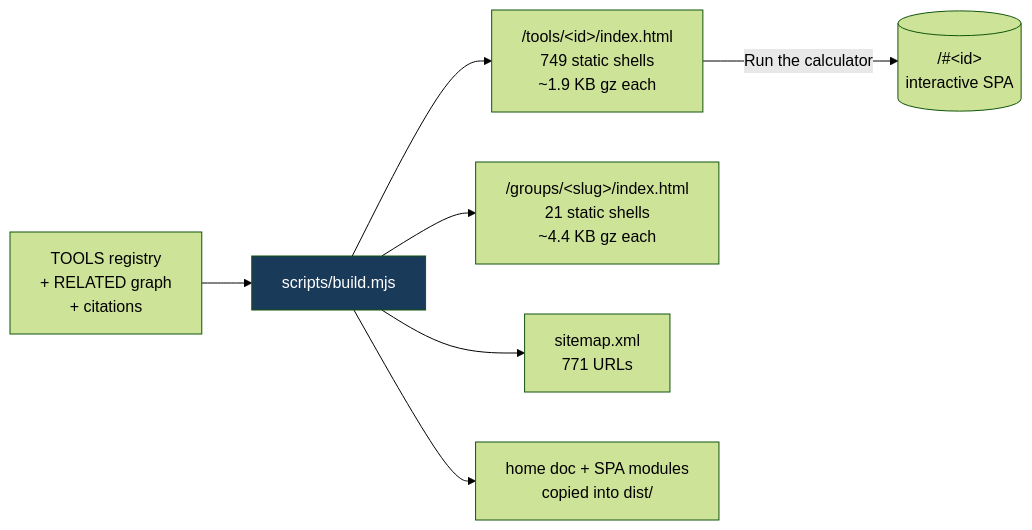
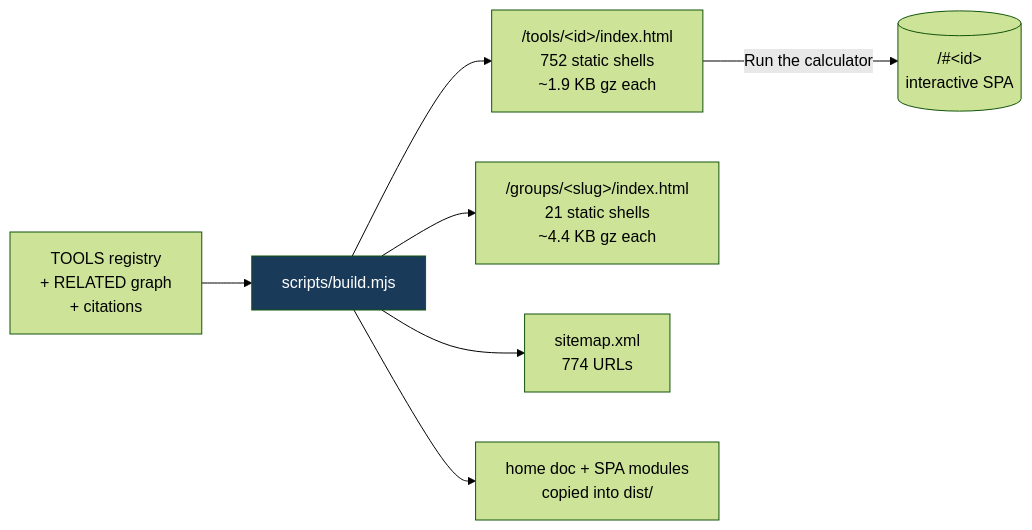
Before and after one commit to clay-good/roughlogic.com: the fifth of 8 diagrams in README.md, drawn with Mermaid (forest theme). The commit also changed other lines of this file and 19 other files, not shown here.

````diff
--- a/README.md
+++ b/README.md
@@ -495,10 +495,10 @@
 ```mermaid
 flowchart LR
     SRC[TOOLS registry\n+ RELATED graph\n+ citations] --> BUILD[scripts/build.mjs]
-    BUILD --> TILE["/tools/&lt;id&gt;/index.html\n749 static shells\n~1.9 KB gz each"]
+    BUILD --> TILE["/tools/&lt;id&gt;/index.html\n752 static shells\n~1.9 KB gz each"]
     BUILD --> GROUP["/groups/&lt;slug&gt;/index.html\n21 static shells\n~4.4 KB gz each"]
-    BUILD --> MAP["sitemap.xml\n771 URLs"]
+    BUILD --> MAP["sitemap.xml\n774 URLs"]
     BUILD --> COPY[home doc + SPA modules\ncopied into dist/]
     TILE -->|Run the calculator| SPA[("/#&lt;id&gt;\ninteractive SPA")]
     style BUILD fill:#1a3a5a,color:#fff
 ```
````
